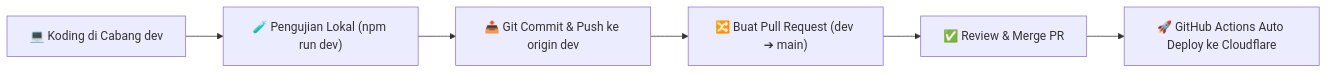
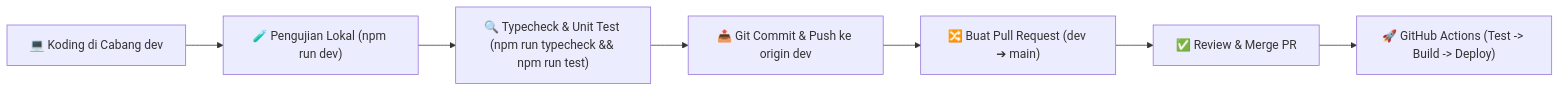
Before and after one commit to frizqon/northstar-it-services: the diagram in WORKFLOW.md, drawn with Mermaid. The commit also changed other lines of this file and 2 other files, not shown here.

````diff
--- a/WORKFLOW.md
+++ b/WORKFLOW.md
@@ -23,8 +23,9 @@
 ```mermaid
 flowchart LR
     A["💻 Koding di Cabang dev"] --> B["🧪 Pengujian Lokal (npm run dev)"]
-    B --> C["📤 Git Commit & Push ke origin dev"]
-    C --> D["🔀 Buat Pull Request (dev ➔ main)"]
-    D --> E["✅ Review & Merge PR"]
-    E --> F["🚀 GitHub Actions Auto Deploy ke Cloudflare"]
+    B --> C["🔍 Typecheck & Unit Test (npm run typecheck && npm run test)"]
+    C --> D["📤 Git Commit & Push ke origin dev"]
+    D --> E["🔀 Buat Pull Request (dev ➔ main)"]
+    E --> F["✅ Review & Merge PR"]
+    F --> G["🚀 GitHub Actions (Test -> Build -> Deploy)"]
 ```
````
